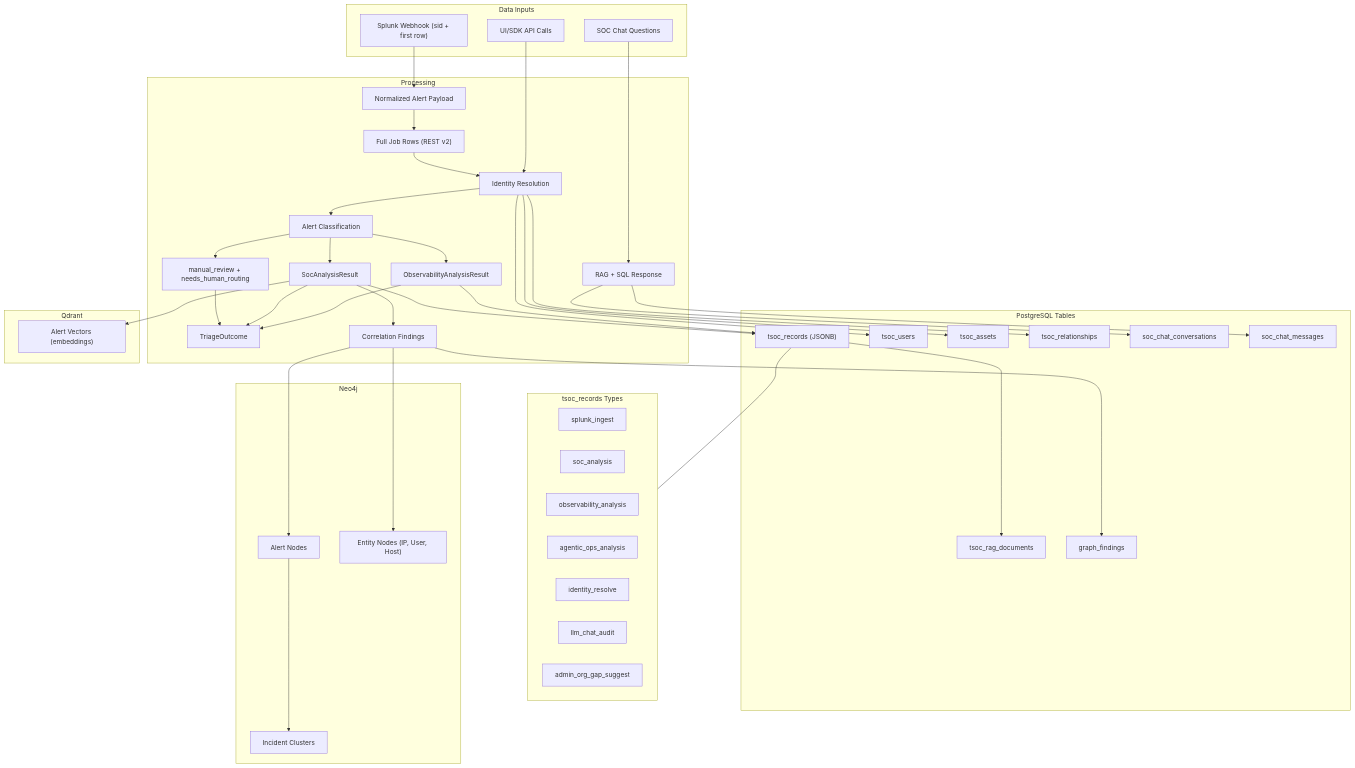
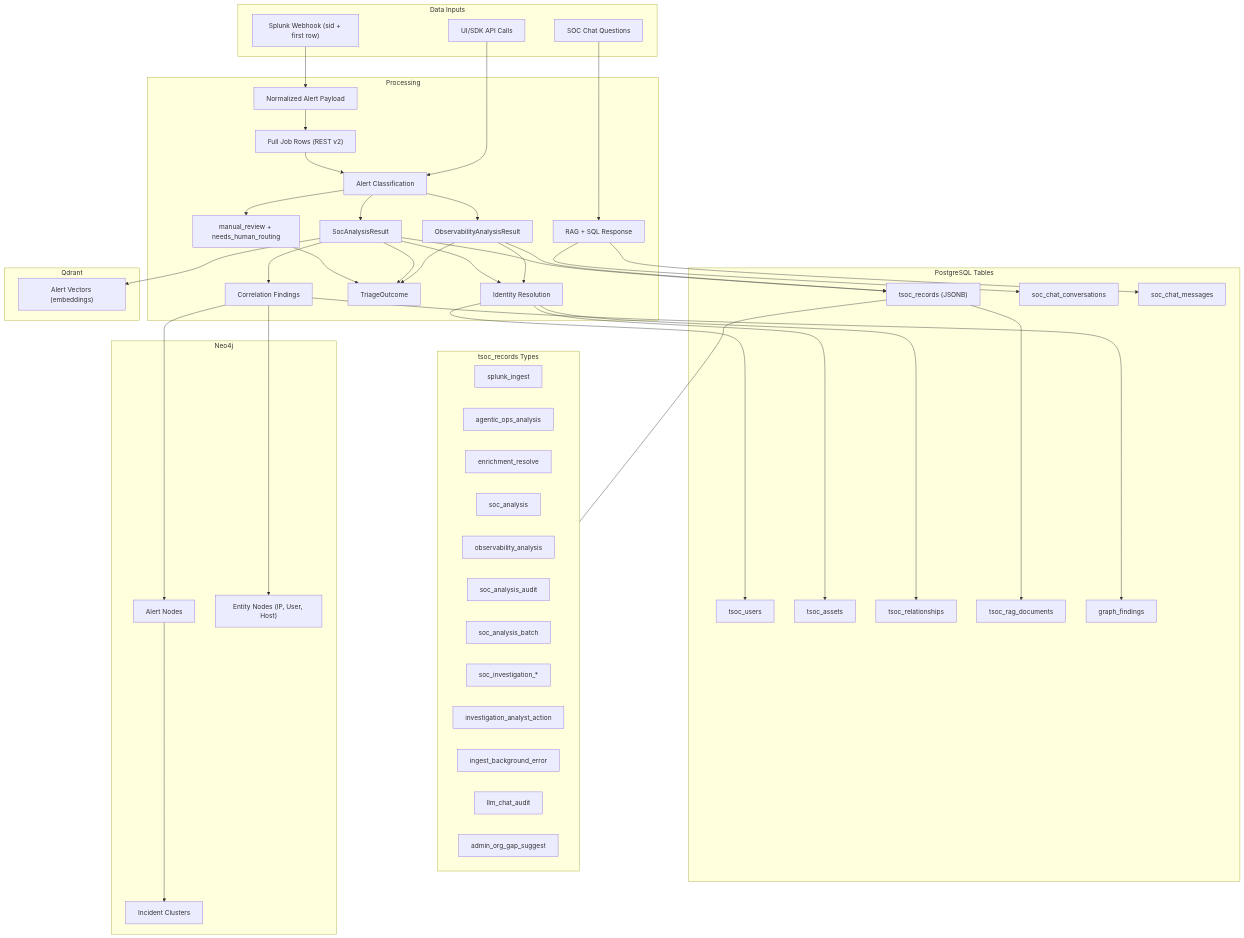
One commit to Sepideh-Asadollahi/ThinkingSOC-splunk-hackathon changed the fourth of 8 diagrams in docs/architecture-views.md. Above: the diagram before and after it, drawn with Mermaid. The commit also changed other lines of this file and 55 other files, not shown here.

```diff
--- a/docs/architecture-views.md
+++ b/docs/architecture-views.md
@@ -264,10 +272,15 @@
 
   subgraph recordTypes ["tsoc_records Types"]
     RTIngest["splunk_ingest"]
+    RTRoute["agentic_ops_analysis"]
+    RTEnrich["enrichment_resolve"]
     RTSoc["soc_analysis"]
     RTObs["observability_analysis"]
-    RTRoute["agentic_ops_analysis"]
-    RTIdentity["identity_resolve"]
+    RTSocAudit["soc_analysis_audit"]
+    RTSocBatch["soc_analysis_batch"]
+    RTInvest["soc_investigation_*"]
+    RTAnalyst["investigation_analyst_action"]
+    RTIngestErr["ingest_background_error"]
     RTChat["llm_chat_audit"]
     RTGap["admin_org_gap_suggest"]
   end
@@ -282,15 +295,17 @@
     IncidentNodes["Incident Clusters"]
   end
 
-  SplunkWH --> NormPayload --> FullRows --> IdentityMatch --> Classification
+  SplunkWH --> NormPayload --> FullRows --> Classification
   Classification --> ManualReview --> TriageScore
   Classification --> SecResult --> TRecords
   Classification --> ObsResult --> TRecords
+  SecResult --> IdentityMatch
+  ObsResult --> IdentityMatch
   SecResult --> TriageScore
   ObsResult --> TriageScore
   TRecords --- recordTypes
 
-  UIAPI --> IdentityMatch
+  UIAPI --> Classification
   IdentityMatch --> TUsers
   IdentityMatch --> TAssets
   IdentityMatch --> TRels
```
